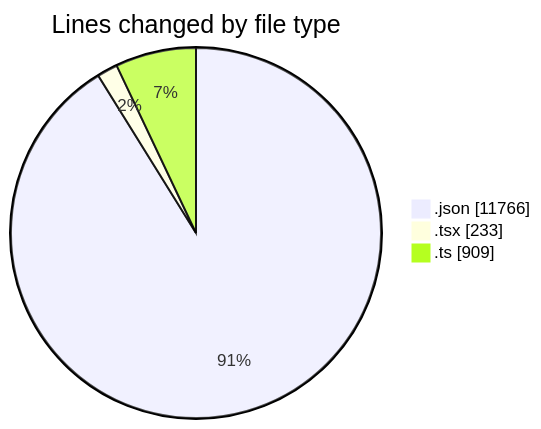
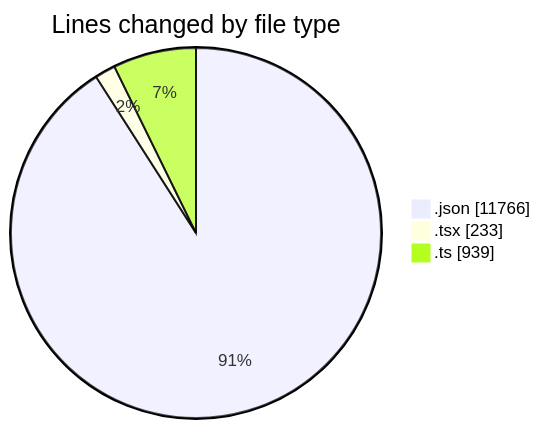
One commit to nxtqubesakshisongat/code-tracking changed the first of 2 diagrams in 2026-04-16/airfeed-analytics-dashboard/README.md. Above: the diagram before and after it, drawn with Mermaid. The commit also changed other lines of this file and 1 other file, not shown here.

````diff
--- a/2026-04-16/airfeed-analytics-dashboard/README.md
+++ b/2026-04-16/airfeed-analytics-dashboard/README.md
@@ -25,7 +25,7 @@
 ```mermaid
 pie showData
 title Lines changed by file type
 ".json" : 11766
 ".tsx" : 233
-".ts" : 909
+".ts" : 939
 ```
````
